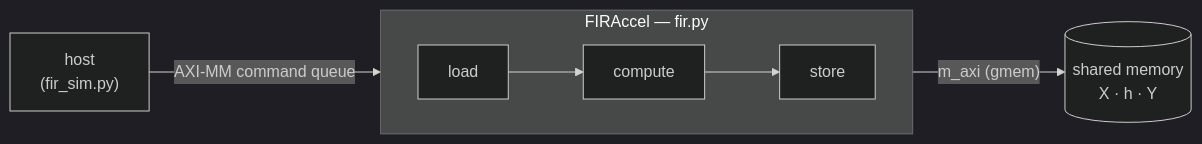
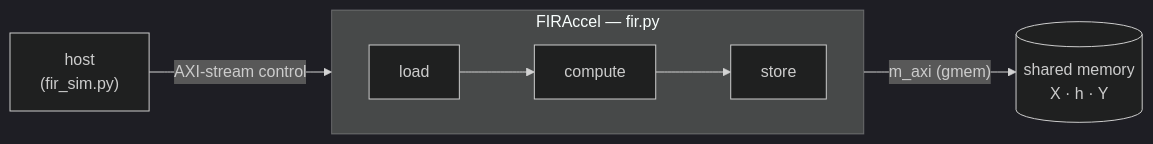
One commit to sdrangan/waveflow changed the diagram in docs/examples/rowwise_fir/index.md. Above: the diagram before and after it, drawn with Mermaid (dark theme). The commit also changed other lines of this file and 15 other files, not shown here.

````diff
--- a/docs/examples/rowwise_fir/index.md
+++ b/docs/examples/rowwise_fir/index.md
@@ -18,11 +19,11 @@
 ```mermaid
 flowchart LR
     host["host<br/>(fir_sim.py)"]
     subgraph fir["FIRAccel — fir.py"]
         direction LR
         load["load"] --> compute["compute"] --> store["store"]
     end
     mem[("shared memory<br/>X · h · Y")]
-    host -->|"AXI-MM command queue"| fir
+    host -->|"AXI-stream control"| fir
     fir -->|"m_axi (gmem)"| mem
 ```
````
